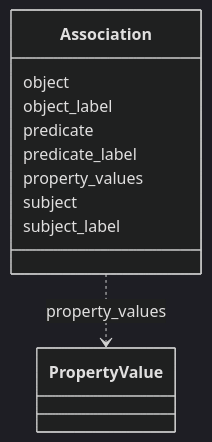
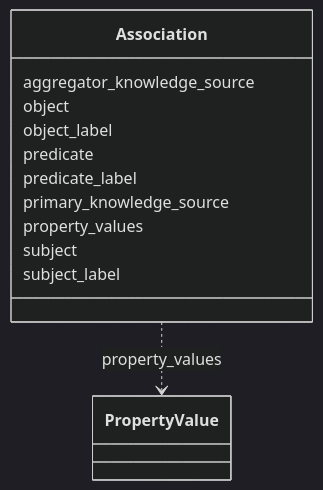
Before and after one commit to INCATools/ontology-access-kit: the diagram in association/Association.md, drawn with Mermaid (dark theme). The commit also changed other lines of this file and 57 other files, not shown here.

````diff
--- a/association/Association.md
+++ b/association/Association.md
@@ -11,21 +11,25 @@
 ```{mermaid}
  classDiagram
     class Association
+      Association : aggregator_knowledge_source
+        
       Association : object
         
       Association : object_label
         
       Association : predicate
         
       Association : predicate_label
+        
+      Association : primary_knowledge_source
         
       Association : property_values
         
           Association ..> PropertyValue : property_values
         
       Association : subject
         
       Association : subject_label
         
       
 ```
````
